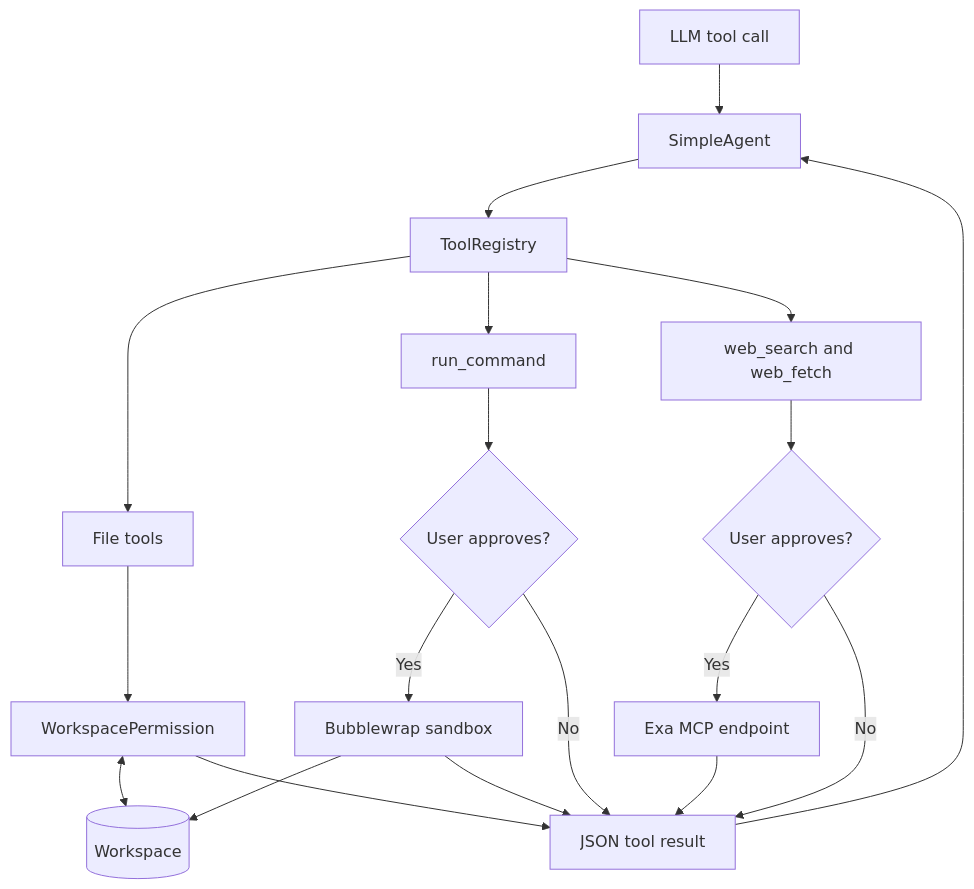
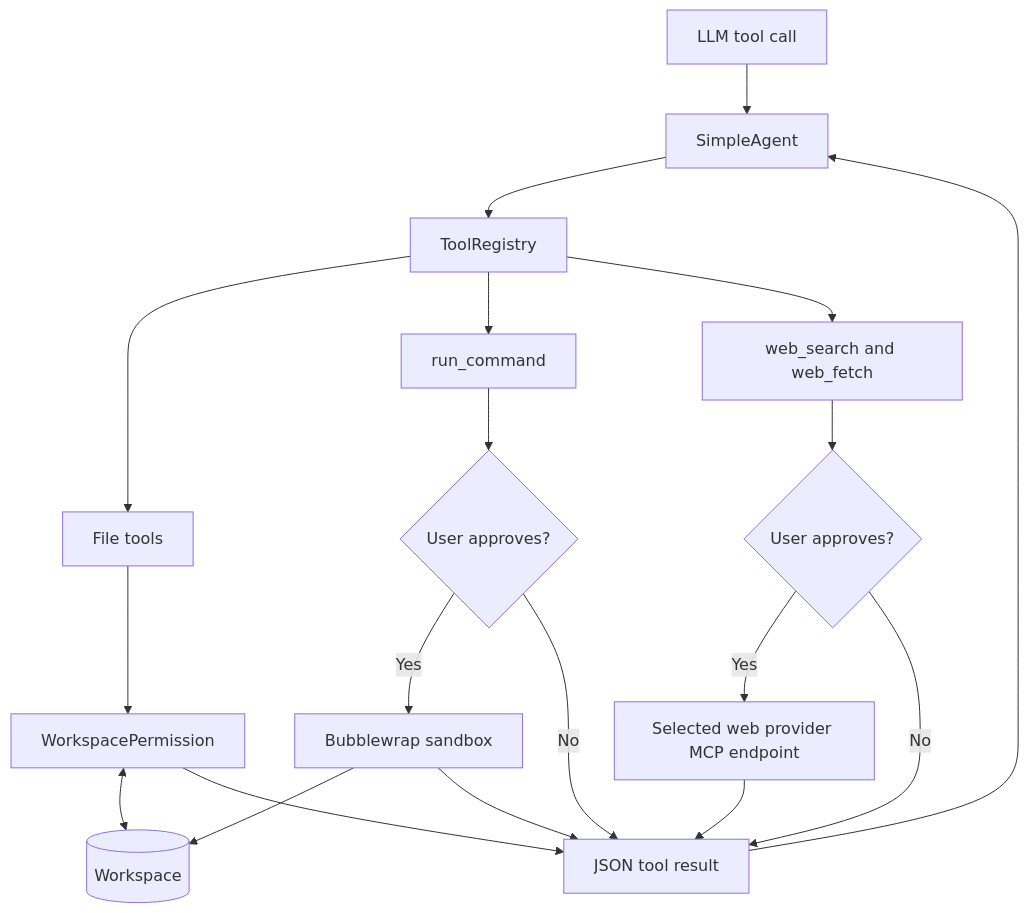
Before and after one commit to ribomo/plain-agent: the third of 6 diagrams in docs/architecture.md, drawn with Mermaid. The commit also changed other lines of this file and 13 other files, not shown here.

Commit message:
Add opt-in Parallel web search and fetch provider

````diff
--- a/docs/architecture.md
+++ b/docs/architecture.md
@@ -94,26 +94,26 @@
 ```mermaid
 flowchart TB
     Call[LLM tool call] --> Agent[SimpleAgent]
     Agent --> Registry[ToolRegistry]
 
     Registry --> Files[File tools]
     Registry --> Command[run_command]
     Registry --> Web[web_search and web_fetch]
 
     Files --> FilePolicy[WorkspacePermission]
     FilePolicy <--> Workspace[(Workspace)]
 
     Command --> CommandApproval{User approves?}
     CommandApproval -- Yes --> Bubblewrap[Bubblewrap sandbox]
     Bubblewrap --> Workspace
     CommandApproval -- No --> Result[JSON tool result]
 
     Web --> NetworkApproval{User approves?}
-    NetworkApproval -- Yes --> Exa[Exa MCP endpoint]
+    NetworkApproval -- Yes --> Exa[Selected web provider MCP endpoint]
     NetworkApproval -- No --> Result
 
     FilePolicy --> Result
     Bubblewrap --> Result
     Exa --> Result
     Result --> Agent
 ```
````
